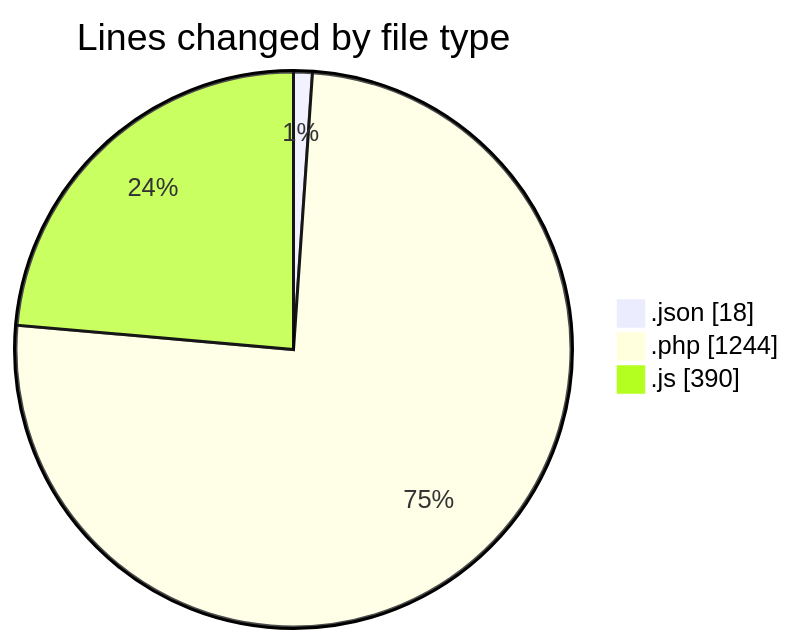
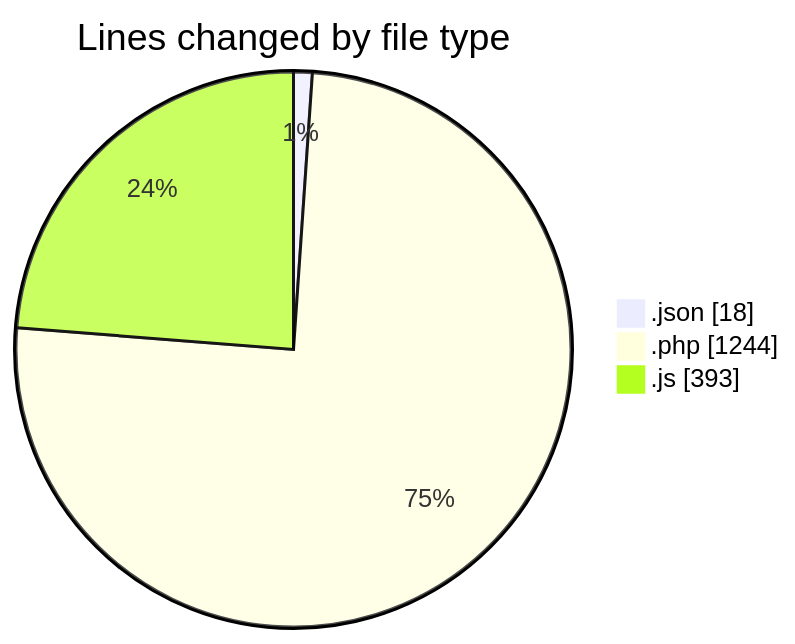
One commit to debugP/code-tracking changed the first of 2 diagrams in 2025-09-26/untitled__workspace_/README.md. Above: the diagram before and after it, drawn with Mermaid. The commit also changed other lines of this file and 1 other file, not shown here.

````diff
--- a/2025-09-26/untitled__workspace_/README.md
+++ b/2025-09-26/untitled__workspace_/README.md
@@ -24,7 +24,7 @@
 ```mermaid
 pie showData
 title Lines changed by file type
 ".json" : 18
 ".php" : 1244
-".js" : 390
+".js" : 393
 ```
````
